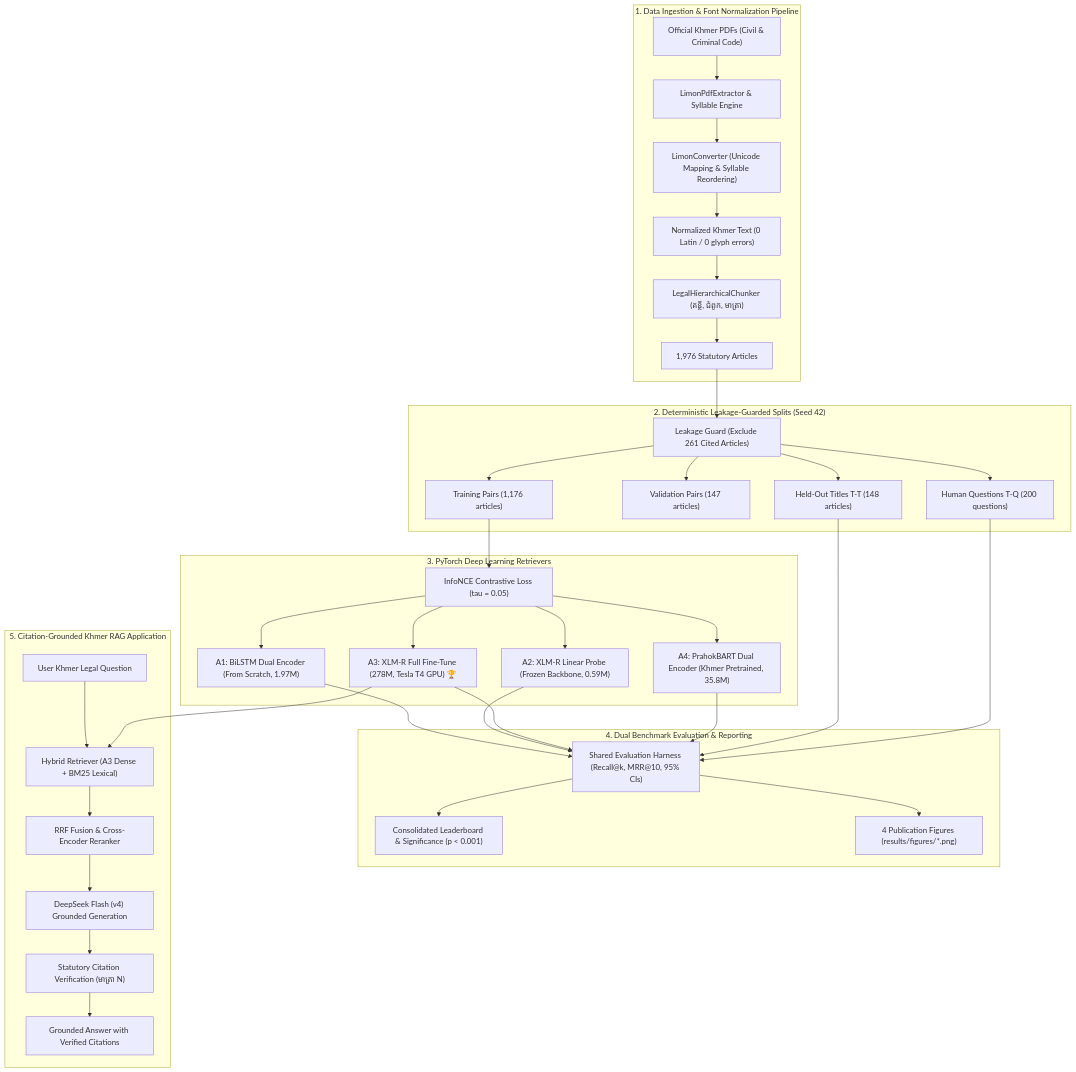
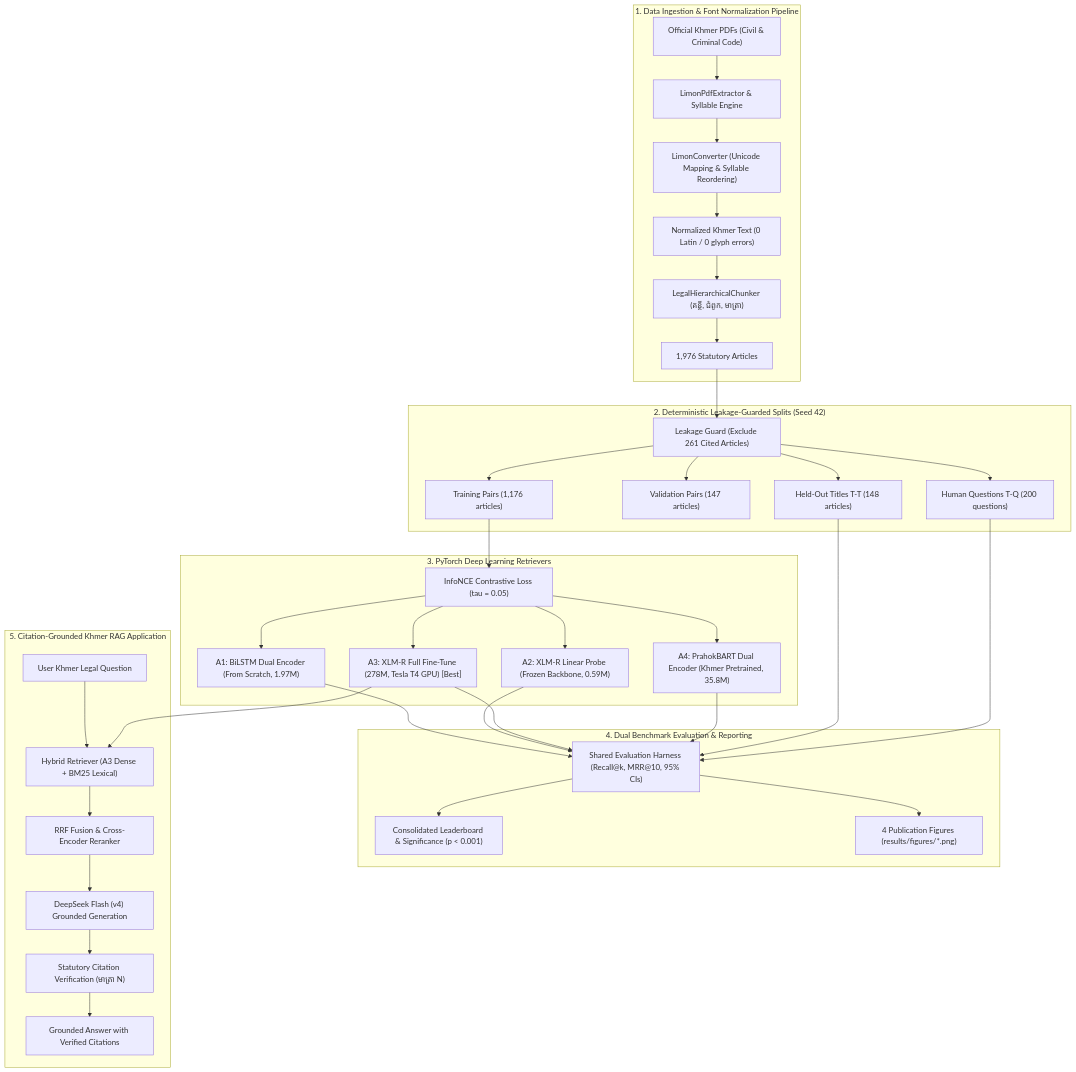
One commit to mengchheanglong/khmer-legal-retrieval changed the first of 2 diagrams in README.md. Above: the diagram before and after it, drawn with Mermaid. The commit also changed other lines of this file, not shown here.

````diff
--- a/README.md
+++ b/README.md
@@ -55,46 +55,46 @@
 ```mermaid
 flowchart TD
     subgraph Data["1. Data Ingestion & Font Normalization Pipeline"]
         PDF["Official Khmer PDFs (Civil & Criminal Code)"] --> Extractor["LimonPdfExtractor & Syllable Engine"]
         Extractor --> Converter["LimonConverter (Unicode Mapping & Syllable Reordering)"]
         Converter --> Unicode["Normalized Khmer Text (0 Latin / 0 glyph errors)"]
         Unicode --> Chunker["LegalHierarchicalChunker (គន្ថី, ជំពូក, មាត្រា)"]
         Chunker --> Corpus["1,976 Statutory Articles"]
     end
 
     subgraph Splits["2. Deterministic Leakage-Guarded Splits (Seed 42)"]
         Corpus --> Guard["Leakage Guard (Exclude 261 Cited Articles)"]
         Guard --> TrainPairs["Training Pairs (1,176 articles)"]
         Guard --> ValPairs["Validation Pairs (147 articles)"]
         Guard --> TT["Held-Out Titles T-T (148 articles)"]
         Guard --> TQ["Human Questions T-Q (200 questions)"]
     end
 
     subgraph DL["3. PyTorch Deep Learning Retrievers"]
         TrainPairs --> Loss["InfoNCE Contrastive Loss (tau = 0.05)"]
         Loss --> A1["A1: BiLSTM Dual Encoder (From Scratch, 1.97M)"]
         Loss --> A2["A2: XLM-R Linear Probe (Frozen Backbone, 0.59M)"]
-        Loss --> A3["A3: XLM-R Full Fine-Tune (278M, Tesla T4 GPU) 🏆"]
+        Loss --> A3["A3: XLM-R Full Fine-Tune (278M, Tesla T4 GPU) [Best]"]
         Loss --> A4["A4: PrahokBART Dual Encoder (Khmer Pretrained, 35.8M)"]
     end
 
     subgraph Eval["4. Dual Benchmark Evaluation & Reporting"]
         A1 --> Harness["Shared Evaluation Harness (Recall@k, MRR@10, 95% CIs)"]
         A2 --> Harness
         A3 --> Harness
         A4 --> Harness
         TT --> Harness
         TQ --> Harness
         Harness --> Tables["Consolidated Leaderboard & Significance (p < 0.001)"]
         Harness --> Plots["4 Publication Figures (results/figures/*.png)"]
     end
 
     subgraph App["5. Citation-Grounded Khmer RAG Application"]
         UserQ["User Khmer Legal Question"] --> Retriever["Hybrid Retriever (A3 Dense + BM25 Lexical)"]
         A3 --> Retriever
         Retriever --> Rerank["RRF Fusion & Cross-Encoder Reranker"]
         Rerank --> LLM["DeepSeek Flash (v4) Grounded Generation"]
         LLM --> Verify["Statutory Citation Verification (មាត្រា N)"]
         Verify --> Answer["Grounded Answer with Verified Citations"]
     end
 ```
````
